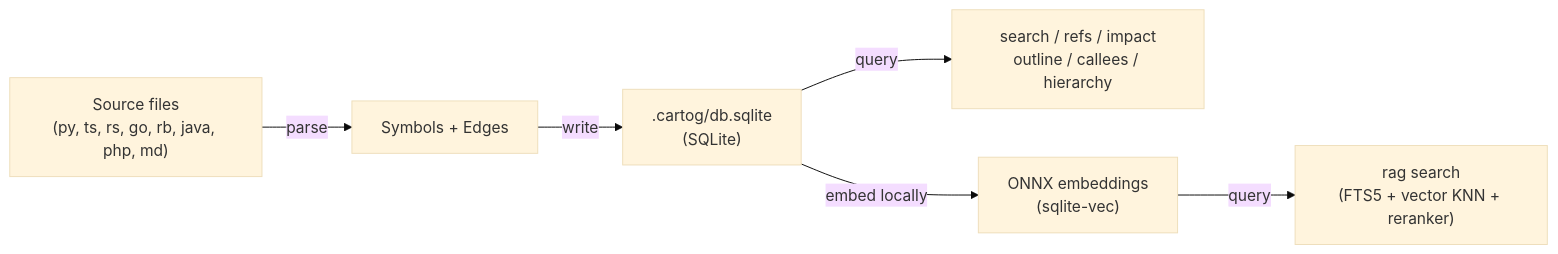
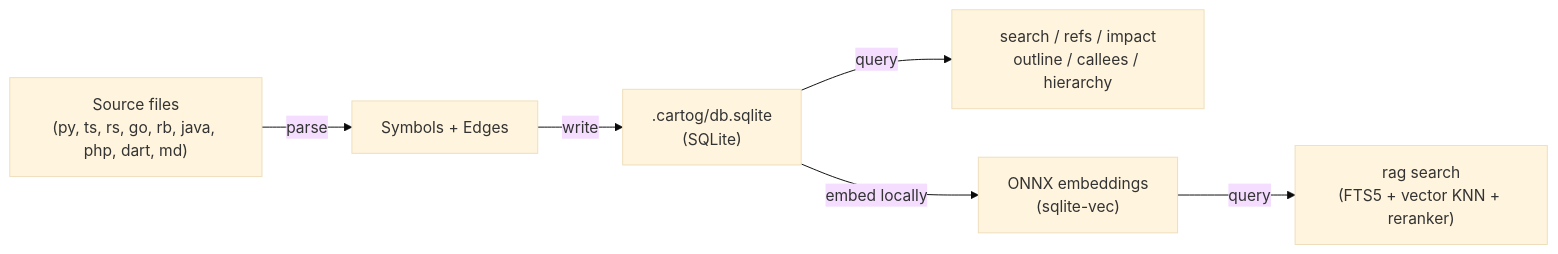
The diagram in README.md (jrollin/cartog), drawn with Mermaid (base theme) before and after one commit. The commit also changed other lines of this file and 32 other files, not shown here.

````diff
--- a/README.md
+++ b/README.md
@@ -532,8 +533,8 @@
 ```mermaid
 graph LR
-    A["Source files<br/>(py, ts, rs, go, rb, java, php, md)"] -->|parse| B["Symbols + Edges"]
+    A["Source files<br/>(py, ts, rs, go, rb, java, php, dart, md)"] -->|parse| B["Symbols + Edges"]
     B -->|write| C[".cartog/db.sqlite<br/>(SQLite)"]
     C -->|query| D["search / refs / impact<br/>outline / callees / hierarchy"]
     C -->|embed locally| E["ONNX embeddings<br/>(sqlite-vec)"]
     E -->|query| F["rag search<br/>(FTS5 + vector KNN + reranker)"]
 ```
````
